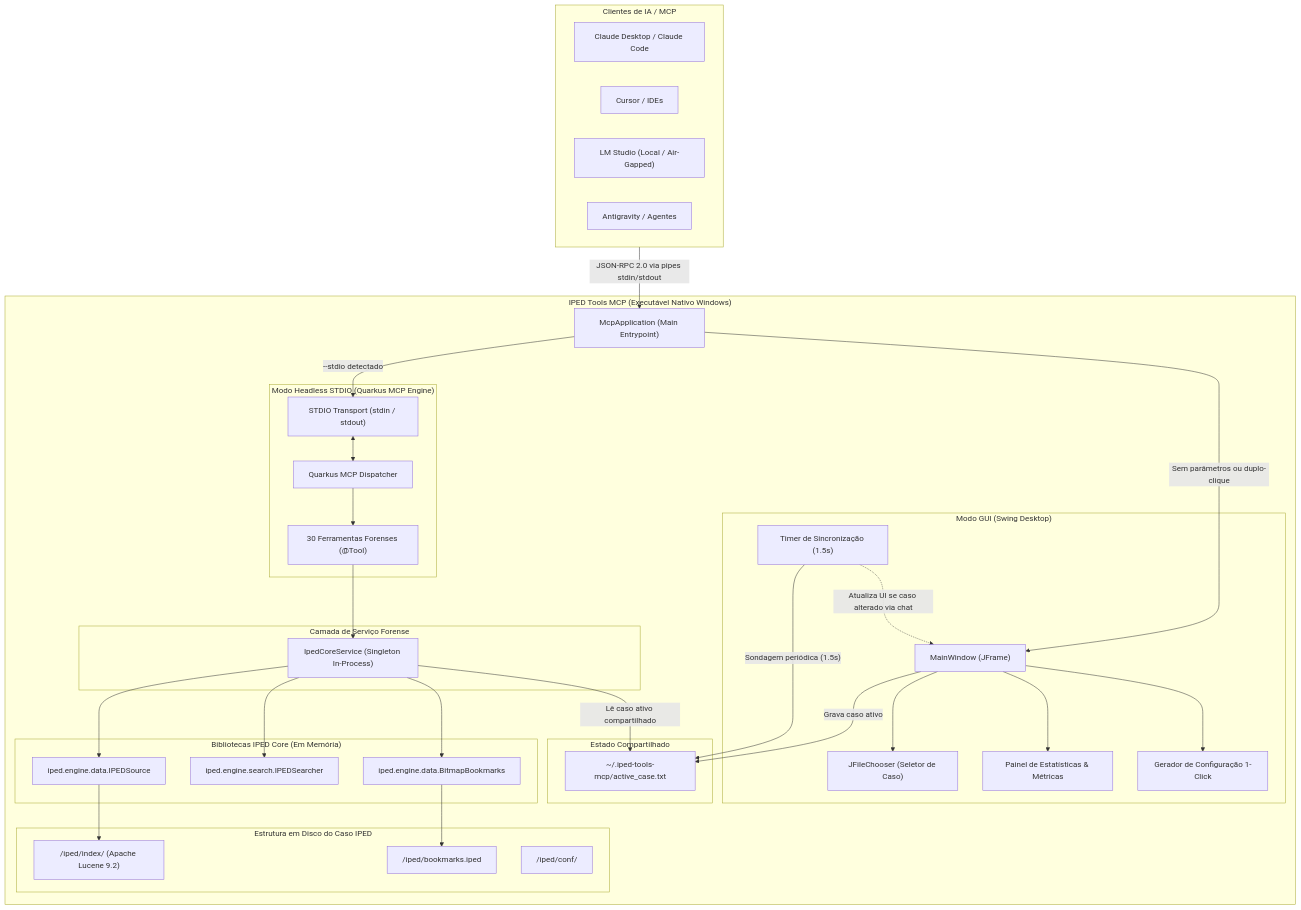
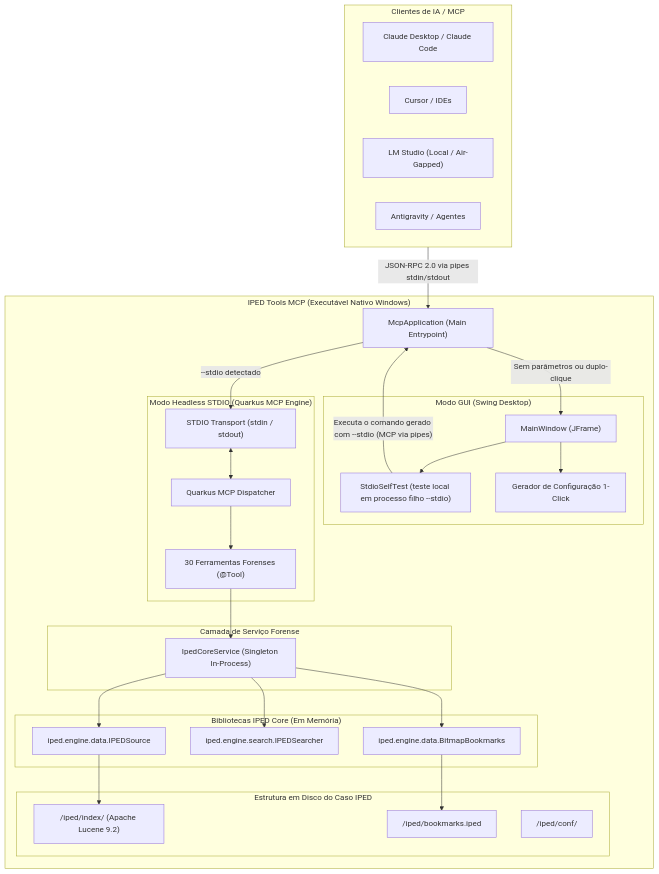
The first of 2 diagrams in docs/wiki/Dev-Arquitetura.md (thiagofuer/iped-tools-mcp), drawn with Mermaid before and after one commit. The commit also changed other lines of this file and 48 other files, not shown here.

````diff
--- a/docs/wiki/Dev-Arquitetura.md
+++ b/docs/wiki/Dev-Arquitetura.md
@@ -9,70 +9,60 @@
 ```mermaid
 graph TD
     subgraph LLM_Client ["Clientes de IA / MCP"]
         Claude["Claude Desktop / Claude Code"]
         CursorApp["Cursor / IDEs"]
         LMStudio["LM Studio (Local / Air-Gapped)"]
         Antigravity["Antigravity / Agentes"]
     end
 
     subgraph Product ["IPED Tools MCP (Executável Nativo Windows)"]
         Launcher["McpApplication (Main Entrypoint)"]
 
         subgraph GUI_Layer ["Modo GUI (Swing Desktop)"]
             MainWindow["MainWindow (JFrame)"]
-            CaseSelector["JFileChooser (Seletor de Caso)"]
-            StatsPanel["Painel de Estatísticas & Métricas"]
+            SelfTest["StdioSelfTest (teste local em processo filho --stdio)"]
             ConfigGen["Gerador de Configuração 1-Click"]
-            GuiTimer["Timer de Sincronização (1.5s)"]
-        end
-
-        subgraph State_Sync ["Estado Compartilhado"]
-            ActiveCaseFile["~/.iped-tools-mcp/active_case.txt"]
         end
 
         subgraph MCP_Layer ["Modo Headless STDIO (Quarkus MCP Engine)"]
             StdioHandler["STDIO Transport (stdin / stdout)"]
             McpDispatcher["Quarkus MCP Dispatcher"]
             Tools["30 Ferramentas Forenses (@Tool)"]
         end
 
         subgraph Core_Service ["Camada de Serviço Forense"]
             IpedService["IpedCoreService (Singleton In-Process)"]
         end
 
         subgraph IPED_Core ["Bibliotecas IPED Core (Em Memória)"]
             IPEDSource["iped.engine.data.IPEDSource"]
             IPEDSearcher["iped.engine.search.IPEDSearcher"]
             Bookmarks["iped.engine.data.BitmapBookmarks"]
         end
 
         subgraph Case_Files ["Estrutura em Disco do Caso IPED"]
             LuceneIndex["<caso>/iped/index/ (Apache Lucene 9.2)"]
             BookmarksFile["<caso>/iped/bookmarks.iped"]
             ConfFiles["<caso>/iped/conf/"]
         end
     end
 
     LLM_Client -->|"JSON-RPC 2.0 via pipes stdin/stdout"| Launcher
     Launcher -->|"--stdio detectado"| StdioHandler
     Launcher -->|"Sem parâmetros ou duplo-clique"| MainWindow
 
-    MainWindow --> CaseSelector
-    MainWindow --> StatsPanel
+    MainWindow --> SelfTest
     MainWindow --> ConfigGen
-    MainWindow -->|"Grava caso ativo"| ActiveCaseFile
-    GuiTimer -->|"Sondagem periódica (1.5s)"| ActiveCaseFile
-    GuiTimer -.->|"Atualiza UI se caso alterado via chat"| MainWindow
+    SelfTest -->|"Executa o comando gerado com --stdio (MCP via pipes)"| Launcher
 
     StdioHandler <--> McpDispatcher
     McpDispatcher --> Tools
     Tools --> IpedService
-    IpedService -->|"Lê caso ativo compartilhado"| ActiveCaseFile
 
     IpedService --> IPEDSource
     IpedService --> IPEDSearcher
     IpedService --> Bookmarks
 
     IPEDSource --> LuceneIndex
     Bookmarks --> BookmarksFile
 ```
````
